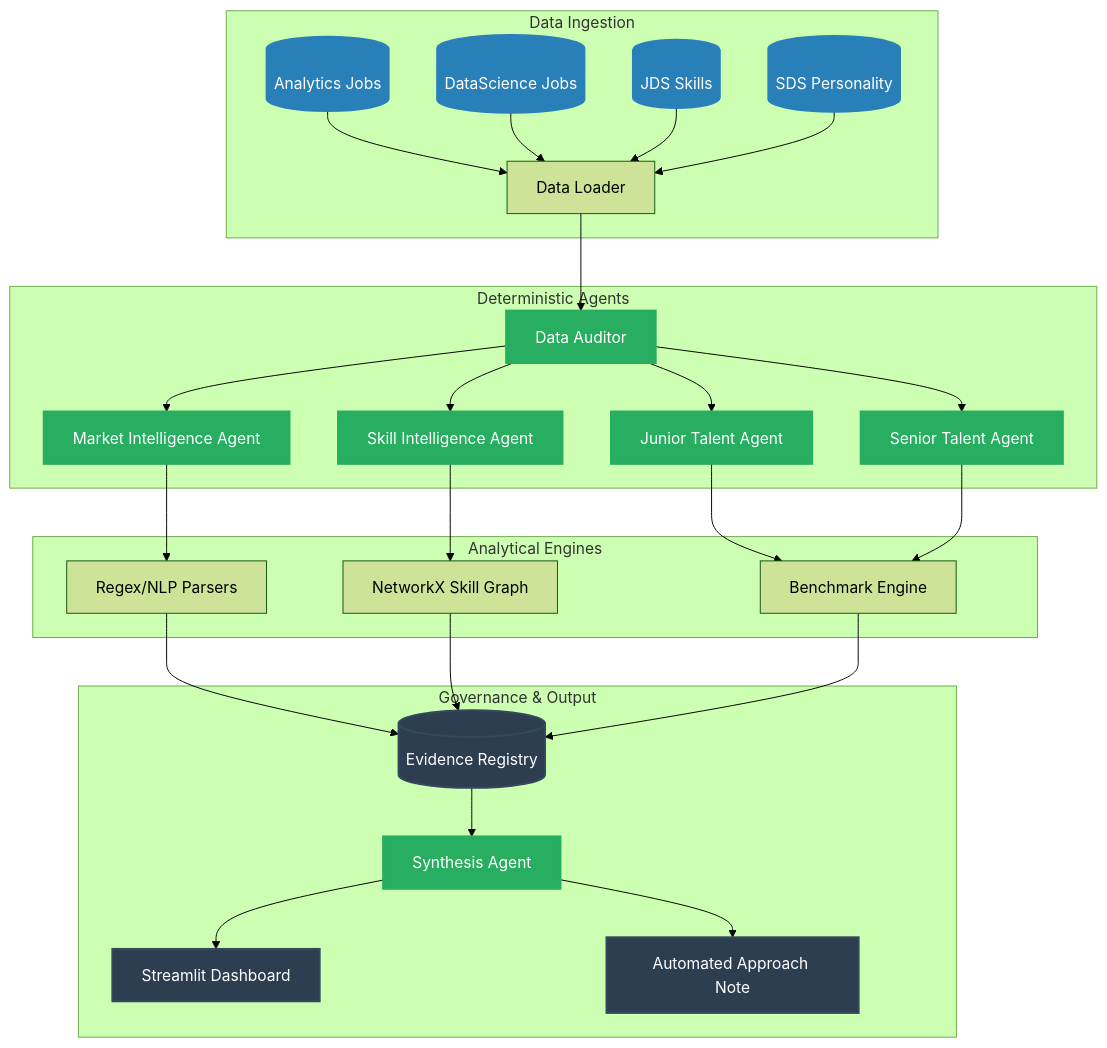
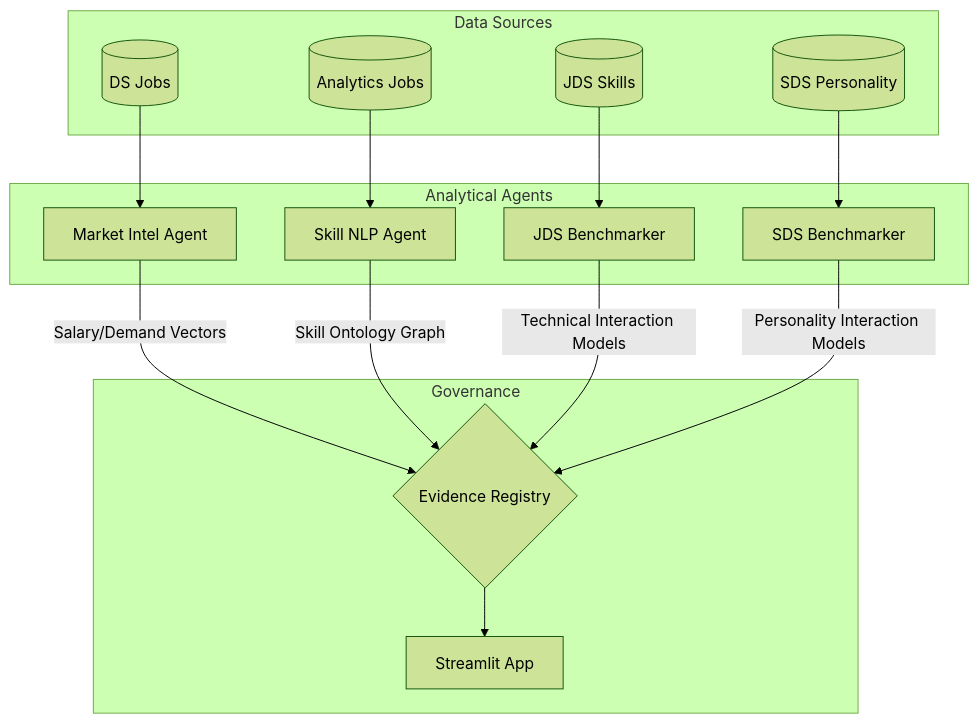
One commit to 17prabhanshu/ctrl-shift-n-winpeat changed the first of 3 diagrams in README.md. Above: the diagram before and after it, drawn with Mermaid (forest theme). The commit also changed other lines of this file, not shown here.

````diff
--- a/README.md
+++ b/README.md
@@ -36,41 +32,33 @@
 ```mermaid
 graph TD
-    subgraph Data Ingestion
-        R1[(Analytics Jobs)] --> L[Data Loader]
-        R2[(DataScience Jobs)] --> L
-        R3[(JDS Skills)] --> L
-        R4[(SDS Personality)] --> L
+    subgraph Data Sources
+        D1[(Analytics Jobs)]
+        D2[(DS Jobs)]
+        D3[(JDS Skills)]
+        D4[(SDS Personality)]
     end
 
-    subgraph Deterministic Agents
-        L --> DA[Data Auditor]
-        DA --> MI[Market Intelligence Agent]
-        DA --> SI[Skill Intelligence Agent]
-        DA --> JDS[Junior Talent Agent]
-        DA --> SDS[Senior Talent Agent]
+    subgraph Analytical Agents
+        A1[Market Intel Agent]
+        A2[Skill NLP Agent]
+        A3[JDS Benchmarker]
+        A4[SDS Benchmarker]
     end
 
-    subgraph Analytical Engines
-        MI --> NLP[Regex/NLP Parsers]
-        SI --> SG[NetworkX Skill Graph]
-        JDS --> ML[Benchmark Engine]
-        SDS --> ML
-    end
-    
-    subgraph Governance & Output
-        NLP --> ER[(Evidence Registry)]
-        SG --> ER
-        ML --> ER
-        ER --> SA[Synthesis Agent]
-        SA --> ST[Streamlit Dashboard]
-        SA --> DOCS[Automated Approach Note]
+    subgraph Governance
+        ER{Evidence Registry}
+        ST[Streamlit App]
     end
 
-    classDef core fill:#2C3E50,stroke:#34495E,stroke-width:2px,color:#fff;
-    classDef data fill:#2980B9,stroke:#2980B9,stroke-width:2px,color:#fff;
-    classDef agent fill:#27AE60,stroke:#27AE60,stroke-width:2px,color:#fff;
-    
-    class R1,R2,R3,R4 data;
-    class ER,ST,DOCS core;
-    class DA,MI,SI,JDS,SDS,SA agent;
+    D1 --> A2
+    D2 --> A1
+    D3 --> A3
+    D4 --> A4
+
+    A1 -->|Salary/Demand Vectors| ER
+    A2 -->|Skill Ontology Graph| ER
+    A3 -->|Technical Interaction Models| ER
+    A4 -->|Personality Interaction Models| ER
+
+    ER --> ST
 ```
````
